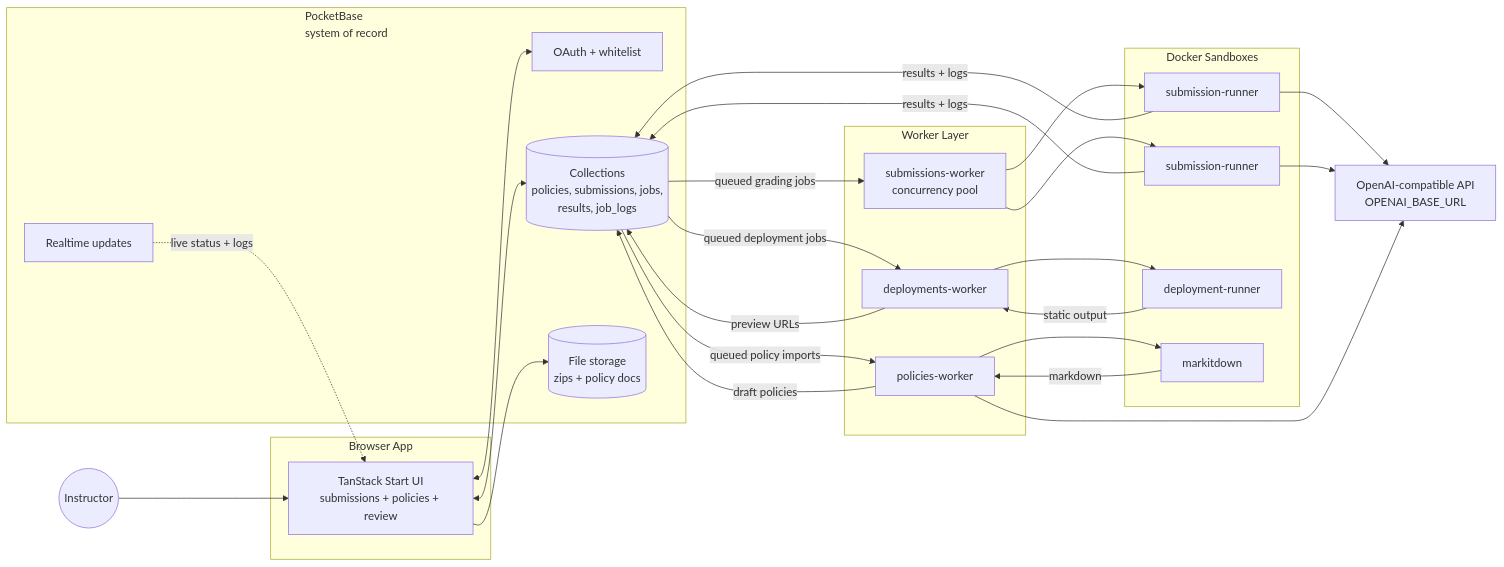
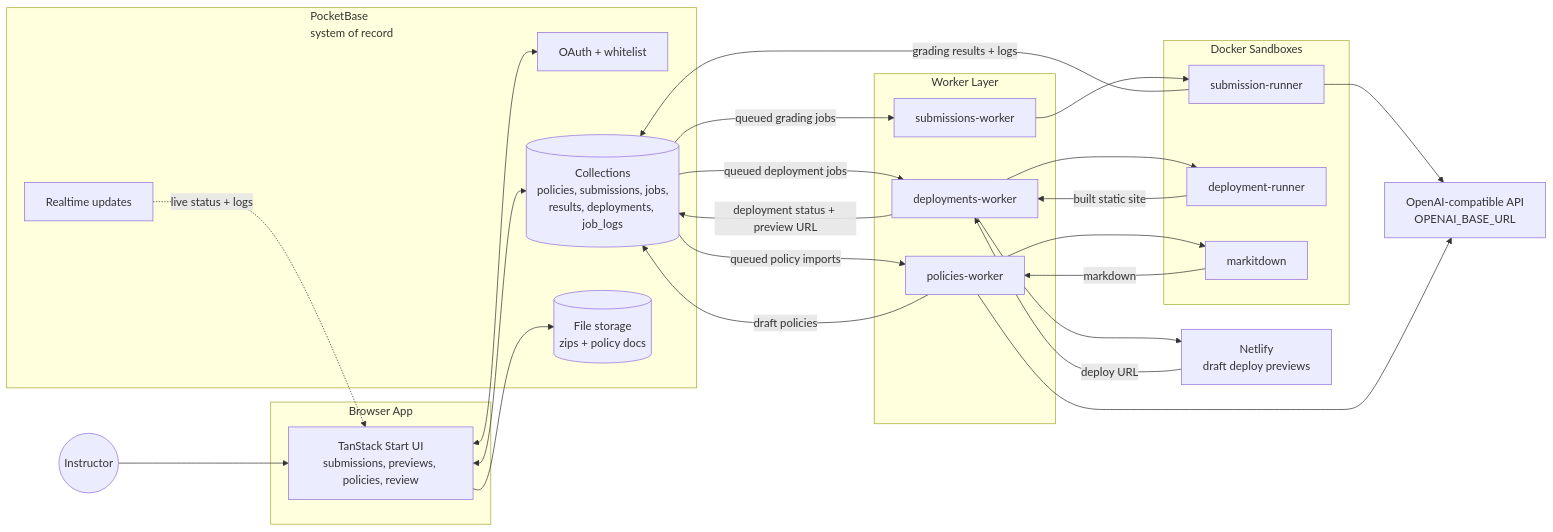
The diagram in README.md (Joshimello/autograde), drawn with Mermaid before and after one commit. The commit also changed other lines of this file and 3 other files, not shown here.

````diff
--- a/README.md
+++ b/README.md
@@ -20,55 +20,54 @@
 ```mermaid
 flowchart LR
   user((Instructor))
 
   subgraph app["Browser App"]
-    ui["TanStack Start UI<br/>submissions + policies + review"]
+    ui["TanStack Start UI<br/>submissions, previews, policies, review"]
   end
 
   subgraph pb["PocketBase<br/>system of record"]
     auth["OAuth + whitelist"]
-    db[("Collections<br/>policies, submissions, jobs,<br/>results, job_logs")]
+    db[("Collections<br/>policies, submissions, jobs,<br/>results, deployments, job_logs")]
     files[("File storage<br/>zips + policy docs")]
     rt["Realtime updates"]
   end
 
   subgraph workers["Worker Layer"]
-    sw["submissions-worker<br/>concurrency pool"]
+    sw["submissions-worker"]
     dw["deployments-worker"]
     pw["policies-worker"]
   end
 
   subgraph sandboxes["Docker Sandboxes"]
-    sr1["submission-runner"]
-    sr2["submission-runner"]
+    sr["submission-runner"]
     dr["deployment-runner"]
     md["markitdown"]
   end
 
-  gradingLlm["OpenAI-compatible API<br/>OPENAI_BASE_URL"]
+  llm["OpenAI-compatible API<br/>OPENAI_BASE_URL"]
+  netlify["Netlify<br/>draft deploy previews"]
 
   user --> ui
   ui <--> auth
   ui <--> db
   ui --> files
   rt -.live status + logs.-> ui
 
   db -- queued grading jobs --> sw
-  sw --> sr1
-  sw --> sr2
-  sr1 --> gradingLlm
-  sr2 --> gradingLlm
-  sr1 -- results + logs --> db
-  sr2 -- results + logs --> db
+  sw --> sr
+  sr --> llm
+  sr -- grading results + logs --> db
 
   db -- queued deployment jobs --> dw
   dw --> dr
-  dr -- static output --> dw
-  dw -- preview URLs --> db
+  dr -- built static site --> dw
+  dw --> netlify
+  netlify -- deploy URL --> dw
+  dw -- deployment status + preview URL --> db
 
   db -- queued policy imports --> pw
   pw --> md
-  pw --> gradingLlm
+  pw --> llm
   md -- markdown --> pw
   pw -- draft policies --> db
 ```
````
